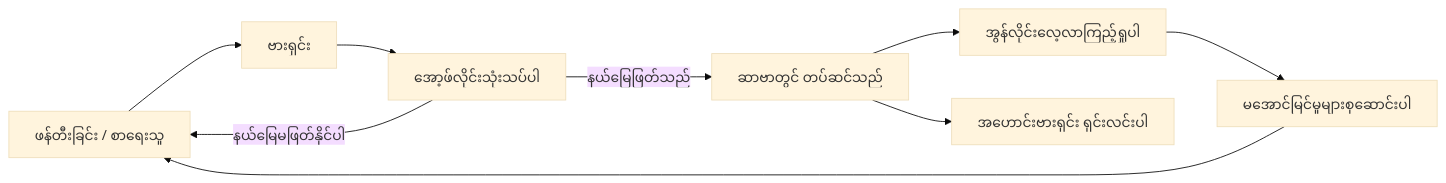
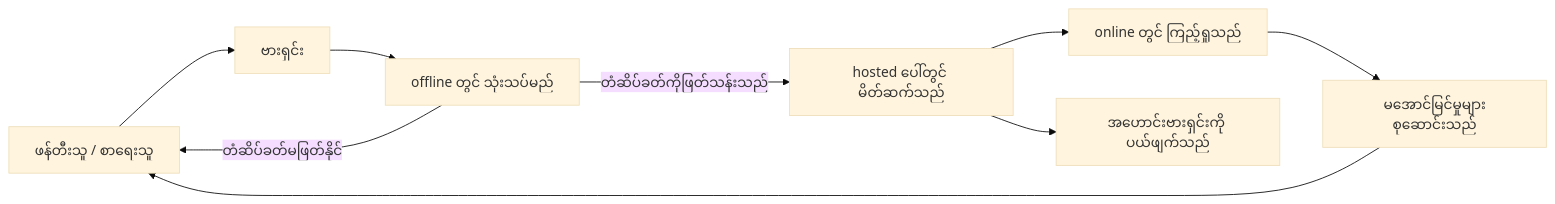
Before and after one commit to gabrielmoreira/agent-skills-mirror: the second of 4 diagrams in mirrors/repos/microsoft@ai-agents-for-beginners/translations/my/16-deploying-scalable-agents/README.md, drawn with Mermaid (base theme). The commit also changed other lines of this file and 3581 other files, not shown here.

````diff
--- a/mirrors/repos/microsoft@ai-agents-for-beginners/translations/my/16-deploying-scalable-agents/README.md
+++ b/mirrors/repos/microsoft@ai-agents-for-beginners/translations/my/16-deploying-scalable-agents/README.md
@@ -108,11 +108,11 @@
 ```mermaid
 flowchart LR
-    Create[ဖန်တီးခြင်း / စာရေးသူ] --> Version[ဗားရှင်း]
-    Version --> Evaluate[အော့ဖ်လိုင်းသုံးသပ်ပါ]
-    Evaluate -->|နယ်မြေဖြတ်သည်| Deploy[ဆာဗာတွင် တပ်ဆင်သည်]
-    Evaluate -->|နယ်မြေမဖြတ်နိုင်ပါ| Create
-    Deploy --> Observe[အွန်လိုင်းလေ့လာကြည့်ရှုပါ]
-    Observe --> Improve[မအောင်မြင်မှုများစုဆောင်းပါ]
+    Create[ဖန်တီးသူ / စာရေးသူ] --> Version[ဗားရှင်း]
+    Version --> Evaluate[offline တွင် သုံးသပ်မည်]
+    Evaluate -->|တံဆိပ်ခတ်ကိုဖြတ်သန်းသည်| Deploy[hosted ပေါ်တွင် မိတ်ဆက်သည်]
+    Evaluate -->|တံဆိပ်ခတ်မဖြတ်နိုင်| Create
+    Deploy --> Observe[online တွင် ကြည့်ရှုသည်]
+    Observe --> Improve[မအောင်မြင်မှုများစုဆောင်းသည်]
     Improve --> Create
-    Deploy --> Retire[အဟောင်းဗားရှင်း ရှင်းလင်းပါ]
+    Deploy --> Retire[အဟောင်းဗားရှင်းကို ပယ်ဖျက်သည်]
 ```
````
